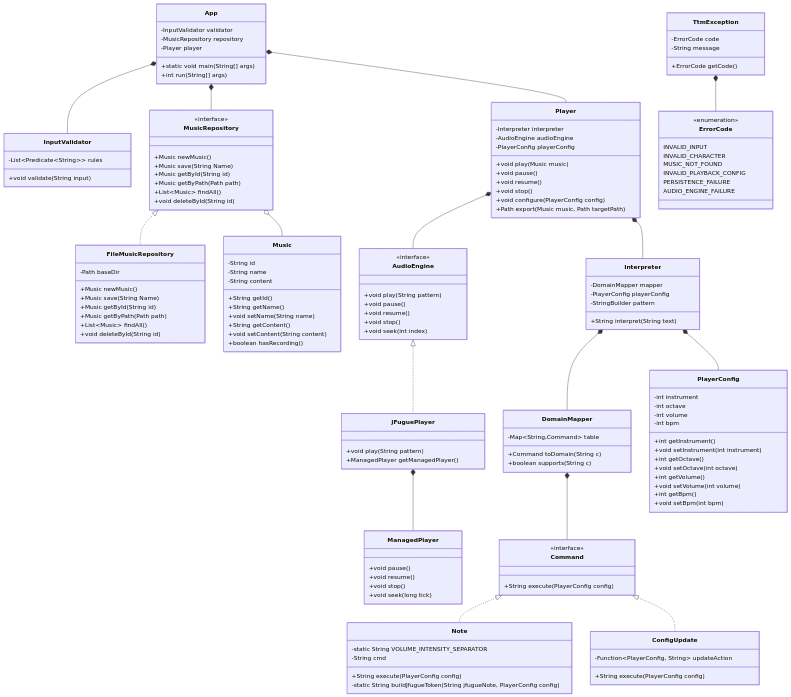
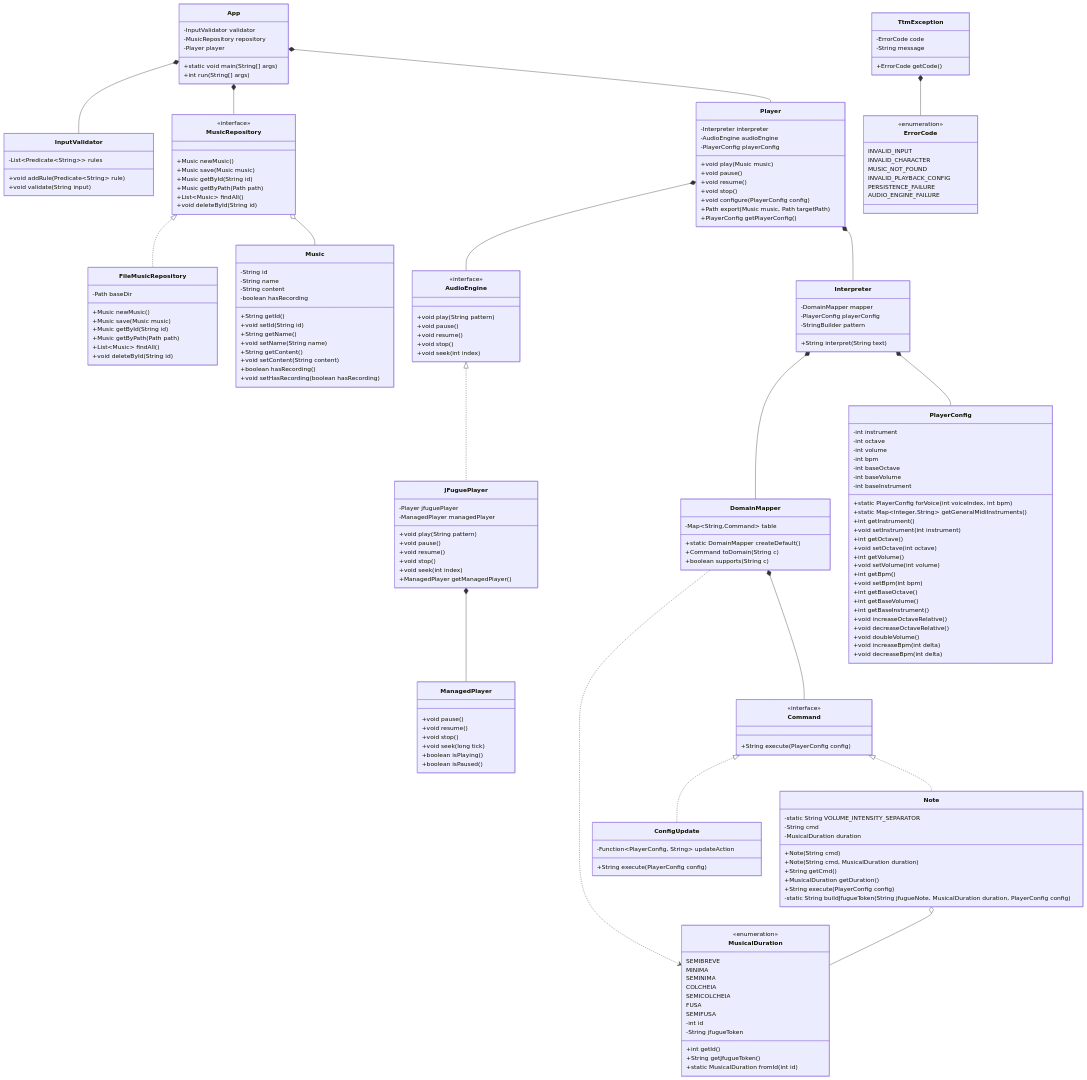
Before and after one commit to ExtremeNoHorse/inf01120-dev-sw: the diagram in design/diagram.mmd, drawn with Mermaid. The commit also changed 35 other files, not shown here.

```diff
--- a/design/diagram.mmd
+++ b/design/diagram.mmd
@@ -2,18 +2,16 @@
 config:
   theme: default
 ---
-%% TTM - Diagrama refatorado (Fase 1)
+%% TTM - Diagrama de Classes Atualizado (Fase 2)
 %%
-%% Mudancas vs original (motivadas pelos resumos R01/R02/R03/Cap5-OOSC):
-%%   1. Menu vira App (unica classe UI/composition root; CLI hoje, GUI depois).
-%%   2. Interpreter dividido: Interpreter (char->pattern) + Player (executa).
-%%   3. AudioEngine interface esconde JFugue (info hiding R02) e expoe exportMidi.
-%%   4. MusicRepository vira interface; FileMusicRepository usa java.nio direto.
-%%   5. Command.execute(PlayerConfig) - sem acoplamento reverso.
-%%   6. TtmException + ErrorCode substituem varios exception types.
-%%   7. PlaybackListener = Consumer<Integer> do JDK (sem interface propria).
-%%   8. PlaybackParameters vira constantes em PlayerConfig.
-%%   9. Terminologia: Music (mockup) substitui Session.
+%% Evolucoes da Fase 2 incorporadas:
+%%   1. Suporte a polifonia (linhas como vozes V0-V3) com oitava, volume e instrumento base em PlayerConfig.
+%%   2. MusicalDuration enum para representacao das 7 figuras de duracao (semibreve a semifusa).
+%%   3. Note evoluida com suporte a acidentes (#, b) e duracoes explicitas.
+%%   4. DomainMapper com fabrica createDefault() e suporte a tokens estruturados de nota.
+%%   5. MusicRepository com assinatura correta save(Music music).
+%%   6. AudioEngine + JFuguePlayer com exportacao de arquivo MIDI pelo Player.
+%%   7. Tratamento centralizado de erros via TtmException e ErrorCode.
 
 classDiagram
     App *-- InputValidator
@@ -32,8 +30,10 @@
     Interpreter *-- PlayerConfig
 
     DomainMapper *-- Command
+    DomainMapper ..> MusicalDuration
     Command <|.. Note
     Command <|.. ConfigUpdate
+    Note o-- MusicalDuration
 
     TtmException *-- ErrorCode
 
@@ -47,13 +47,14 @@
 
     class InputValidator {
         -List~Predicate~String~~ rules
+        +void addRule(Predicate~String~ rule)
         +void validate(String input)
     }
 
     class MusicRepository {
         <<interface>>
         +Music newMusic()
-        +Music save(String Name)
+        +Music save(Music music)
         +Music getById(String id)
         +Music getByPath(Path path)
         +List~Music~ findAll()
@@ -63,7 +64,7 @@
     class FileMusicRepository {
         -Path baseDir
         +Music newMusic()
-        +Music save(String Name)
+        +Music save(Music music)
         +Music getById(String id)
         +Music getByPath(Path path)
         +List~Music~ findAll()
@@ -74,12 +75,15 @@
         -String id
         -String name
         -String content
+        -boolean hasRecording
         +String getId()
+        +void setId(String id)
         +String getName()
         +void setName(String name)
         +String getContent()
         +void setContent(String content)
         +boolean hasRecording()
+        +void setHasRecording(boolean hasRecording)
     }
 
     class Player {
@@ -92,6 +96,7 @@
         +void stop()
         +void configure(PlayerConfig config)
         +Path export(Music music, Path targetPath)
+        +PlayerConfig getPlayerConfig()
     }
 
     class Interpreter {
@@ -103,6 +108,7 @@
 
     class DomainMapper {
         -Map~String,Command~ table
+        +static DomainMapper createDefault()
         +Command toDomain(String c)
         +boolean supports(String c)
     }
@@ -115,8 +121,29 @@
     class Note {
         -static String VOLUME_INTENSITY_SEPARATOR
         -String cmd
+        -MusicalDuration duration
+        +Note(String cmd)
+        +Note(String cmd, MusicalDuration duration)
+        +String getCmd()
+        +MusicalDuration getDuration()
         +String execute(PlayerConfig config)
-        -static String buildJfugueToken(String jfugueNote, PlayerConfig config)
+        -static String buildJfugueToken(String jfugueNote, MusicalDuration duration, PlayerConfig config)
+    }
+
+    class MusicalDuration {
+        <<enumeration>>
+        SEMIBREVE
+        MINIMA
+        SEMINIMA
+        COLCHEIA
+        SEMICOLCHEIA
+        FUSA
+        SEMIFUSA
+        -int id
+        -String jfugueToken
+        +int getId()
+        +String getJfugueToken()
+        +static MusicalDuration fromId(int id)
     }
 
     class ConfigUpdate {
@@ -129,6 +156,11 @@
         -int octave
         -int volume
         -int bpm
+        -int baseOctave
+        -int baseVolume
+        -int baseInstrument
+        +static PlayerConfig forVoice(int voiceIndex, int bpm)
+        +static Map~Integer,String~ getGeneralMidiInstruments()
         +int getInstrument()
         +void setInstrument(int instrument)
         +int getOctave()
@@ -137,7 +169,16 @@
         +void setVolume(int volume)
         +int getBpm()
         +void setBpm(int bpm)
+        +int getBaseOctave()
+        +int getBaseVolume()
+        +int getBaseInstrument()
+        +void increaseOctaveRelative()
+        +void decreaseOctaveRelative()
+        +void doubleVolume()
+        +void increaseBpm(int delta)
+        +void decreaseBpm(int delta)
     }
+
     class AudioEngine {
         <<interface>>
         +void play(String pattern)
@@ -148,7 +189,13 @@
     }
 
     class JFuguePlayer {
+        -Player jfuguePlayer
+        -ManagedPlayer managedPlayer
         +void play(String pattern)
+        +void pause()
+        +void resume()
+        +void stop()
+        +void seek(int index)
         +ManagedPlayer getManagedPlayer()
     }
 
@@ -157,6 +204,8 @@
         +void resume()
         +void stop()
         +void seek(long tick)
+        +boolean isPlaying()
+        +boolean isPaused()
     }
 
     class TtmException {
```
